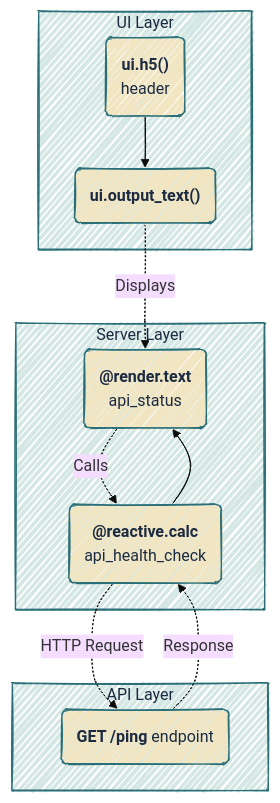
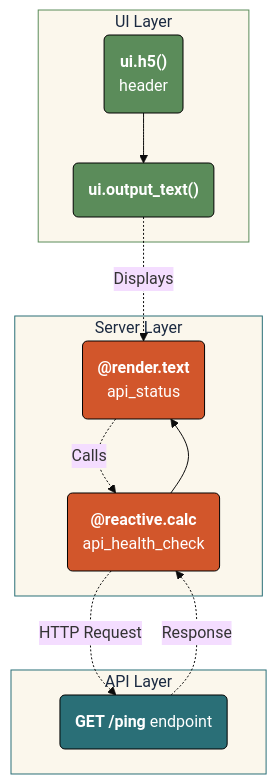
One commit to mjfrigaard/do4ds-labs changed the ninth of 15 diagrams in app-log-py.qmd. Above: the diagram before and after it, drawn with Mermaid. The commit also changed other lines of this file and 48 other files, not shown here.

````diff
--- a/app-log-py.qmd
+++ b/app-log-py.qmd
@@ -1075,29 +1116,34 @@
 ```{mermaid}
 %%| fig-cap: 'API Health Check'
 %%| fig-width: 7.0
-%%| fig-align: center
-%%{init: {'theme': 'base', 'look': 'handDrawn', 'themeVariables': {'fontFamily': 'monospace'}}}%%
+%%| fig-align: 'center'
+%%{init: {'theme': 'base', 'themeVariables': {'fontFamily': 'monospace'}}}%%
 
 graph TB
     subgraph UI["UI Layer"]
         A("<strong>ui.h5()</strong><br>header") --> B("<strong>ui.output_text()</strong>")
     end
-    
+
     subgraph SERVER["Server Layer"]
         C("<strong>@reactive.calc</strong><br>api_health_check") --> D("<strong>@render.text</strong><br>api_status")
     end
-    
+
     subgraph API["API Layer"]
         E("<strong>GET /ping</strong> endpoint")
     end
-    
+
     B -.Displays.-> D
     D -.Calls.-> C
     C -.HTTP Request.-> E
     E -.Response.-> C
-    classDef default fill:#F2E6C2,stroke:#2A6F77,color:#1B2A41
-    style UI fill:#d4e7e4,stroke:#2A6F77,color:#1B2A41
-    style SERVER fill:#d4e7e4,stroke:#2A6F77,color:#1B2A41
-    style API fill:#d4e7e4,stroke:#2A6F77,color:#1B2A41
+    
+    style A fill:#5B8C5A,stroke:#000000,stroke-width:1px,color:#ffffff
+    style B fill:#5B8C5A,stroke:#000000,stroke-width:1px,color:#ffffff
+    style C fill:#D2562B,stroke:#000000,stroke-width:1px,color:#ffffff
+    style D fill:#D2562B,stroke:#000000,stroke-width:1px,color:#ffffff
+    style E fill:#2A6F77,stroke:#000000,stroke-width:1px,color:#ffffff
+    style UI fill:#fbf7ec,stroke:#5B8C5A,color:#1B2A41
+    style SERVER fill:#fbf7ec,stroke:#2A6F77,color:#1B2A41
+    style API fill:#fbf7ec,stroke:#2A6F77,color:#1B2A41
     
 ```
````
